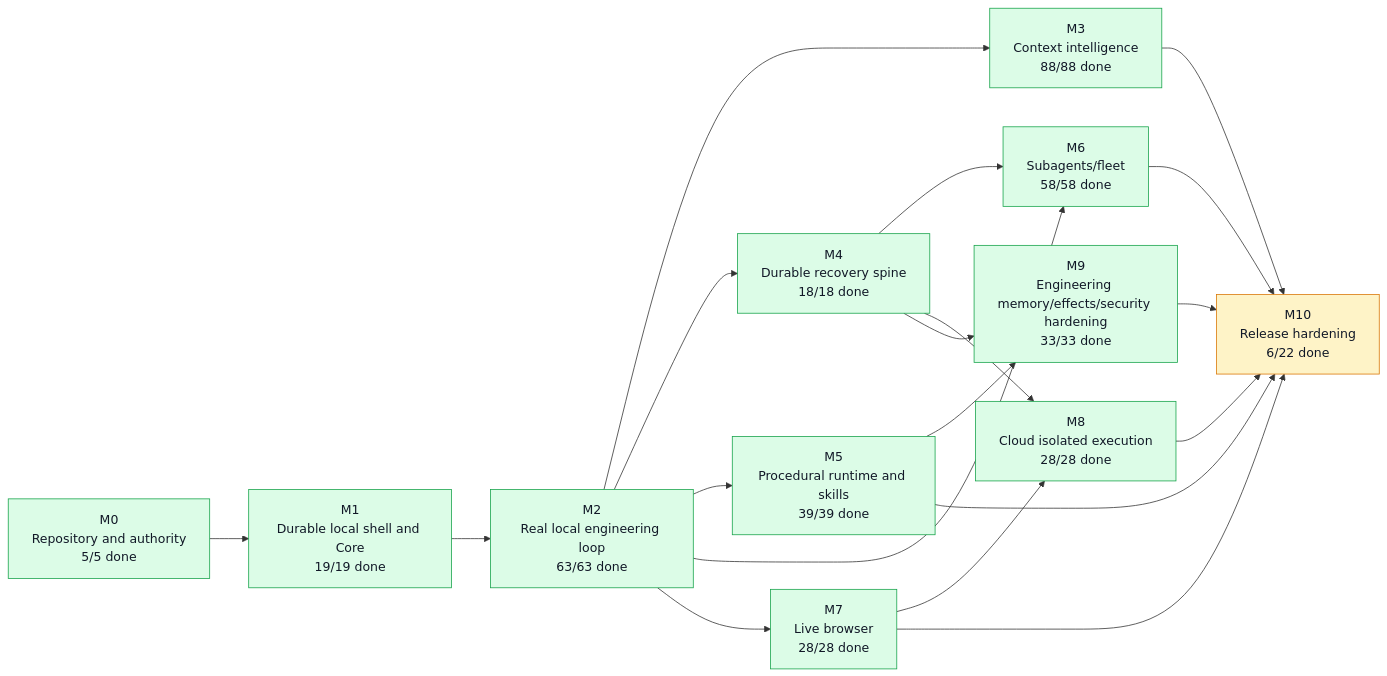
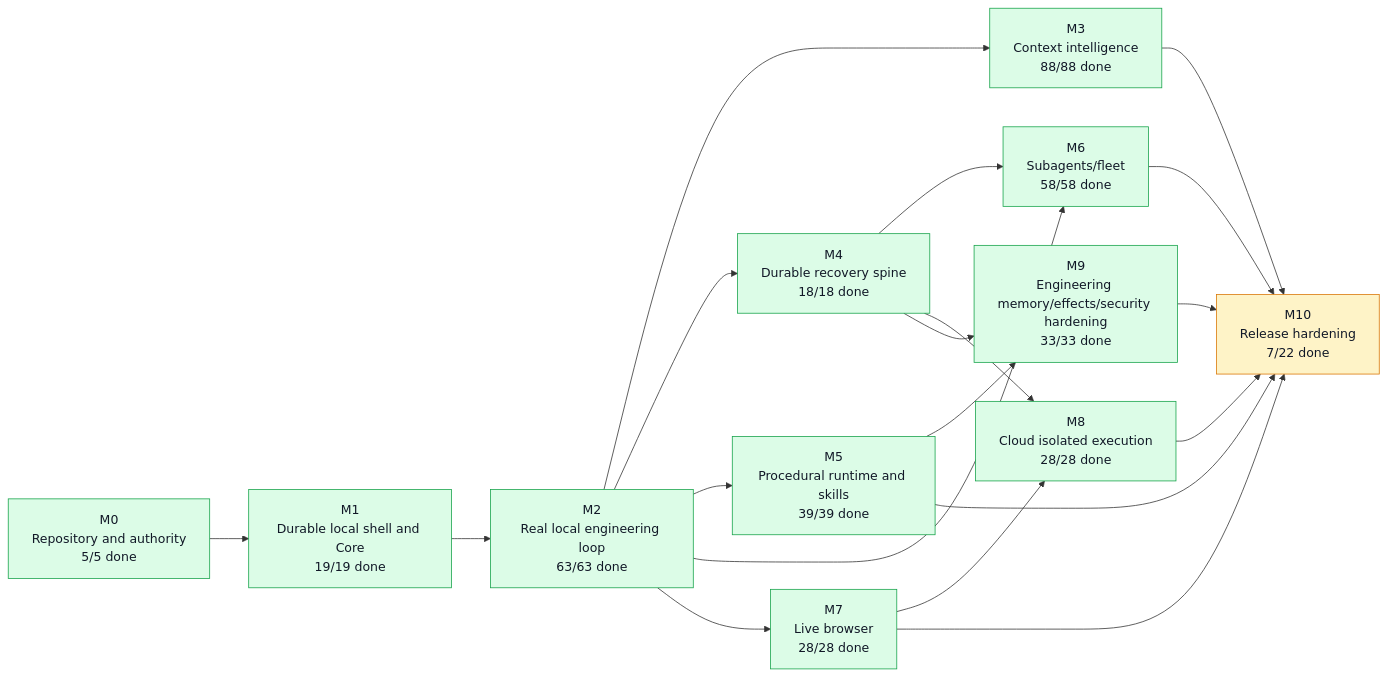
Before and after one commit to moss101/modbit: the first of 5 diagrams in graph/PROJECT_GRAPH.md, drawn with Mermaid. The commit also changed other lines of this file and 6 other files, not shown here.

````diff
--- a/graph/PROJECT_GRAPH.md
+++ b/graph/PROJECT_GRAPH.md
@@ -57,43 +57,43 @@
 ```mermaid
 flowchart LR
   M0["M0<br/>Repository and authority<br/>5/5 done"]
   M1["M1<br/>Durable local shell and Core<br/>19/19 done"]
   M2["M2<br/>Real local engineering loop<br/>63/63 done"]
   M3["M3<br/>Context intelligence<br/>88/88 done"]
   M4["M4<br/>Durable recovery spine<br/>18/18 done"]
   M5["M5<br/>Procedural runtime and skills<br/>39/39 done"]
   M6["M6<br/>Subagents/fleet<br/>58/58 done"]
   M7["M7<br/>Live browser<br/>28/28 done"]
   M8["M8<br/>Cloud isolated execution<br/>28/28 done"]
   M9["M9<br/>Engineering memory/effects/security hardening<br/>33/33 done"]
-  M10["M10<br/>Release hardening<br/>6/22 done"]
+  M10["M10<br/>Release hardening<br/>7/22 done"]
   M0 --> M1
   M1 --> M2
   M2 --> M3
   M2 --> M4
   M2 --> M5
   M2 --> M6
   M4 --> M6
   M2 --> M7
   M4 --> M8
   M7 --> M8
   M4 --> M9
   M5 --> M9
   M3 --> M10
   M5 --> M10
   M6 --> M10
   M7 --> M10
   M8 --> M10
   M9 --> M10
   style M0 fill:#dcfce7,stroke:#16a34a,color:#111827
   style M1 fill:#dcfce7,stroke:#16a34a,color:#111827
   style M2 fill:#dcfce7,stroke:#16a34a,color:#111827
   style M3 fill:#dcfce7,stroke:#16a34a,color:#111827
   style M4 fill:#dcfce7,stroke:#16a34a,color:#111827
   style M5 fill:#dcfce7,stroke:#16a34a,color:#111827
   style M6 fill:#dcfce7,stroke:#16a34a,color:#111827
   style M7 fill:#dcfce7,stroke:#16a34a,color:#111827
   style M8 fill:#dcfce7,stroke:#16a34a,color:#111827
   style M9 fill:#dcfce7,stroke:#16a34a,color:#111827
   style M10 fill:#fef3c7,stroke:#d97706,color:#111827
 ```
````
